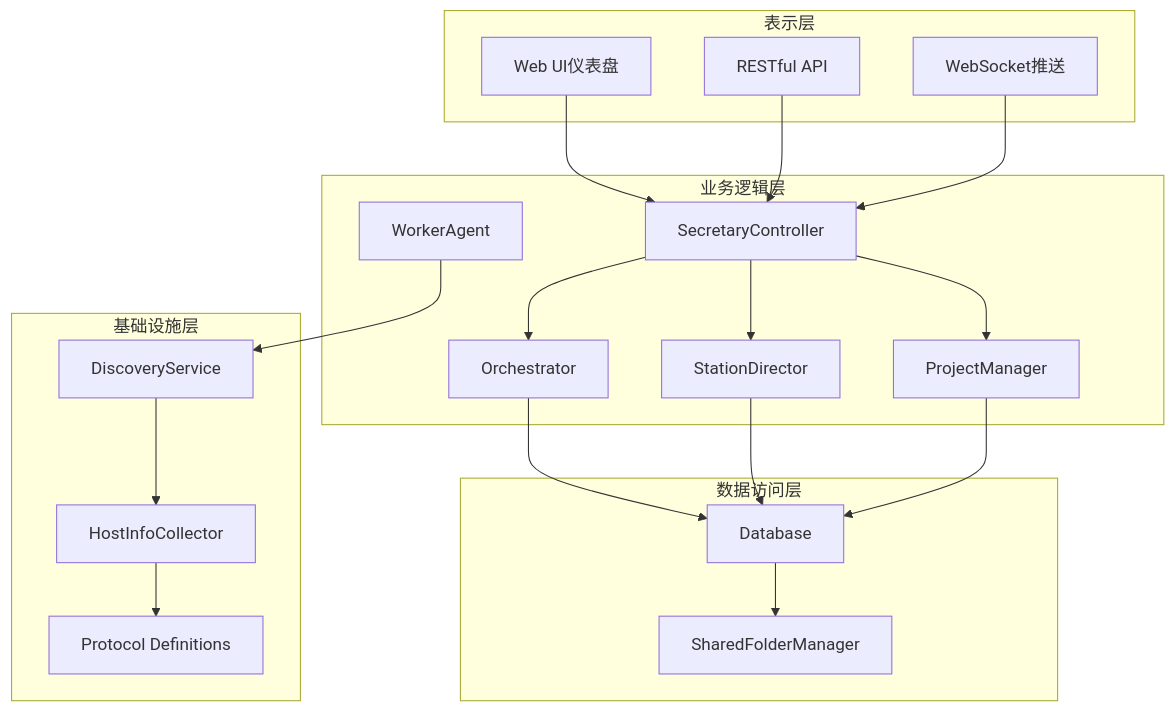
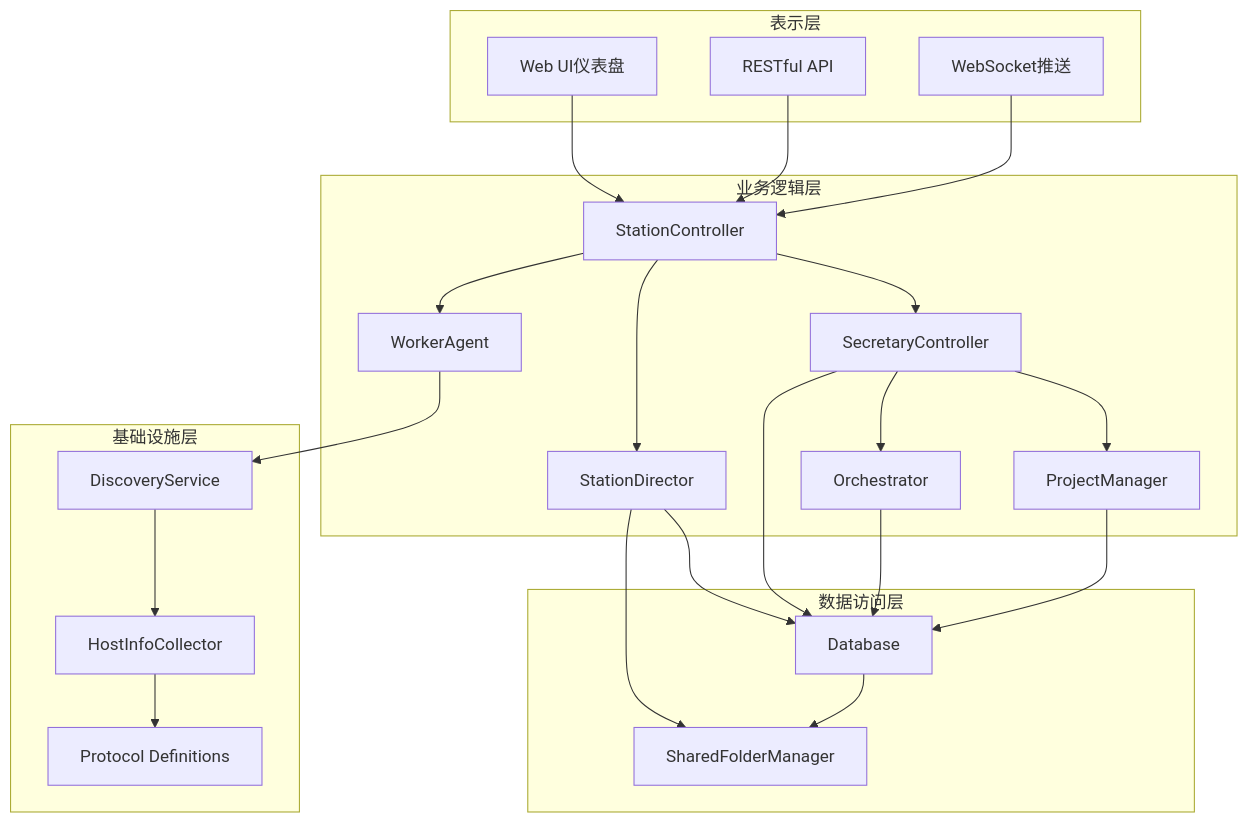
One commit to targalian/Personal-distributed-workstation changed the third of 14 diagrams in .qoder/repowiki/zh/content/核心模块/工作站管理模块.md. Above: the diagram before and after it, drawn with Mermaid. The commit also changed other lines of this file and 69 other files, not shown here.

````diff
--- a/.qoder/repowiki/zh/content/核心模块/工作站管理模块.md
+++ b/.qoder/repowiki/zh/content/核心模块/工作站管理模块.md
@@ -166,37 +230,42 @@
 ```mermaid
 graph TB
 subgraph "表示层"
 A[Web UI仪表盘]
 B[RESTful API]
 C[WebSocket推送]
 end
 subgraph "业务逻辑层"
-D[SecretaryController]
-E[WorkerAgent]
-F[Orchestrator]
-G[StationDirector]
-H[ProjectManager]
+D[StationController]
+E[StationDirector]
+F[SecretaryController]
+G[WorkerAgent]
+H[Orchestrator]
+I[ProjectManager]
 end
 subgraph "数据访问层"
-I[Database]
-J[SharedFolderManager]
+J[Database]
+K[SharedFolderManager]
 end
 subgraph "基础设施层"
-K[DiscoveryService]
-L[HostInfoCollector]
-M[Protocol Definitions]
+L[DiscoveryService]
+M[HostInfoCollector]
+N[Protocol Definitions]
 end
 A --> D
 B --> D
 C --> D
+D --> E
 D --> F
 D --> G
-D --> H
+E --> J
 E --> K
+F --> H
 F --> I
-G --> I
-H --> I
+F --> J
+G --> L
+H --> J
 I --> J
-K --> L
+J --> K
 L --> M
+M --> N
 ```
````
